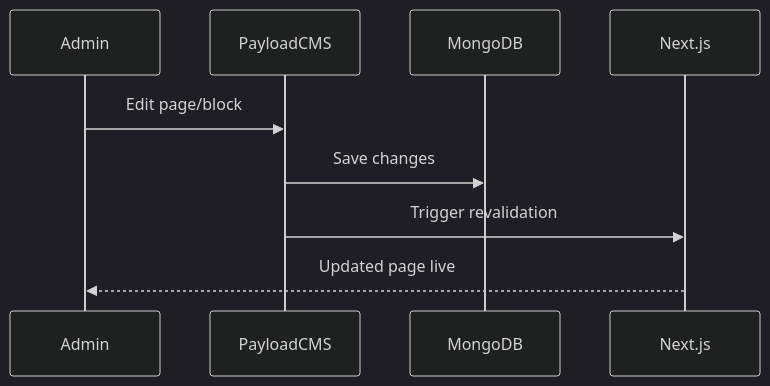
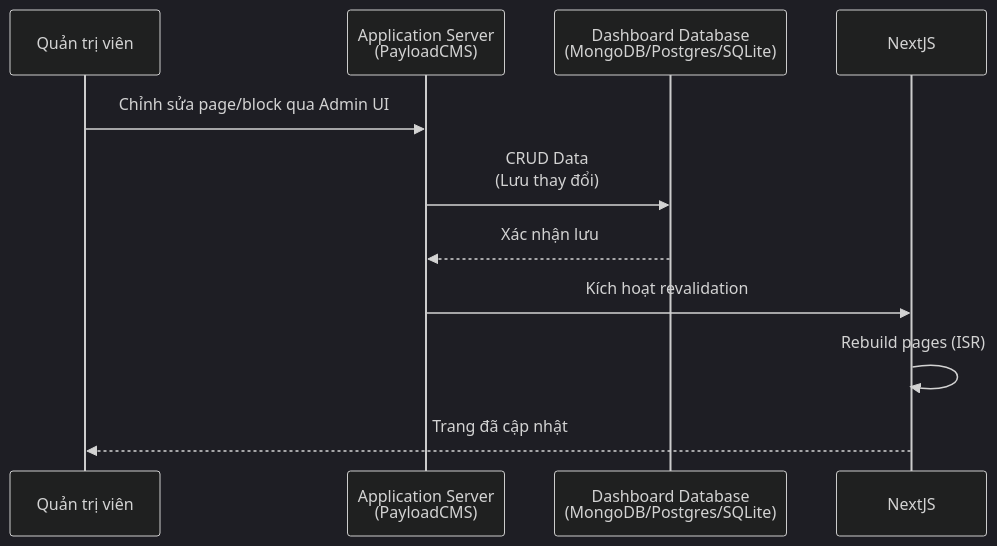
Before and after one commit to CTU-SematX/LegoCity: the third of 4 diagrams in docs/getting-started/architecture.vi.md, drawn with Mermaid (dark theme). The commit also changed other lines of this file and 152 other files, not shown here.

First line of the commit message:
docs: Fix broken links and update architecture diagrams

````diff
--- a/docs/getting-started/architecture.vi.md
+++ b/docs/getting-started/architecture.vi.md
@@ -172,12 +152,14 @@
 ```mermaid
 sequenceDiagram
-    participant Admin
-    participant PayloadCMS
-    participant MongoDB
-    participant Next.js
+    participant Admin as Quản trị viên
+    participant AppServer as Application Server<br/>(PayloadCMS)
+    participant DashDB as Dashboard Database<br/>(MongoDB/Postgres/SQLite)
+    participant NextJS
 
-    Admin->>PayloadCMS: Edit page/block
-    PayloadCMS->>MongoDB: Save changes
-    PayloadCMS->>Next.js: Trigger revalidation
-    Next.js-->>Admin: Updated page live
+    Admin->>AppServer: Chỉnh sửa page/block qua Admin UI
+    AppServer->>DashDB: CRUD Data<br/>(Lưu thay đổi)
+    DashDB-->>AppServer: Xác nhận lưu
+    AppServer->>NextJS: Kích hoạt revalidation
+    NextJS->>NextJS: Rebuild pages (ISR)
+    NextJS-->>Admin: Trang đã cập nhật
 ```
````
